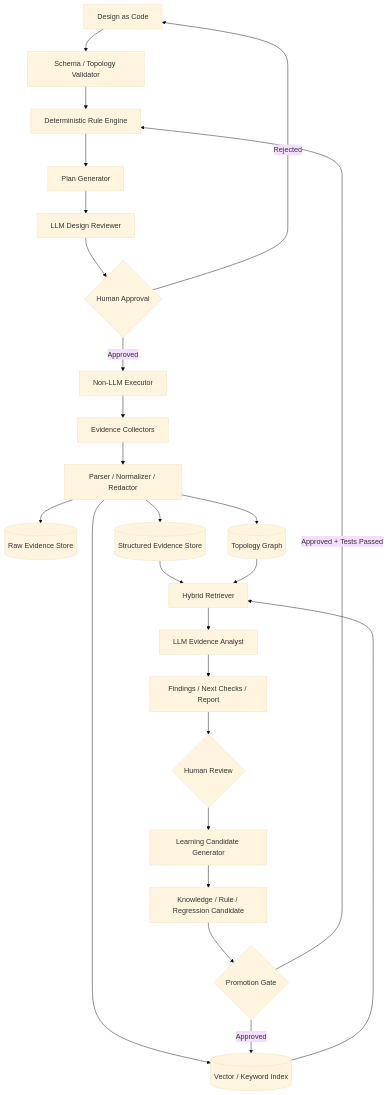
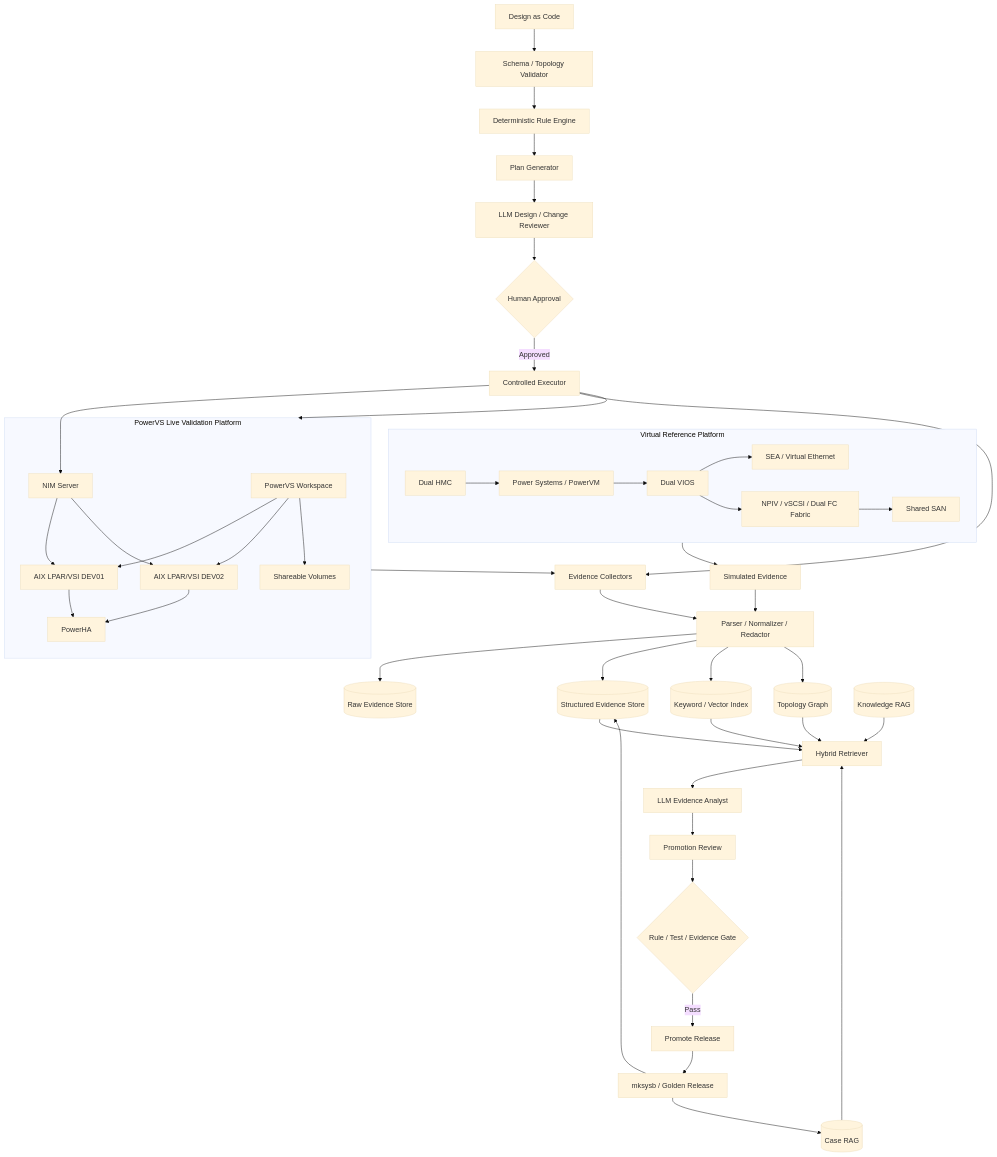
Before and after one commit to TomomasaSekino/AIX-IaC-project: the first of 3 diagrams in 03_ARCHITECTURE.md, drawn with Mermaid (base theme). The commit also changed other lines of this file, not shown here.

Commit message:
docs: redesign architecture around PowerVS, NIM and promotion

````diff
--- a/03_ARCHITECTURE.md
+++ b/03_ARCHITECTURE.md
@@ -5,27 +7,64 @@
 ```mermaid
 flowchart TB
+    subgraph REF[Virtual Reference Platform]
+      HMC[Dual HMC]
+      PWR[Power Systems / PowerVM]
+      VIO[Dual VIOS]
+      NET[SEA / Virtual Ethernet]
+      FC[NPIV / vSCSI / Dual FC Fabric]
+      SAN[Shared SAN]
+      HMC --> PWR --> VIO
+      VIO --> NET
+      VIO --> FC --> SAN
+    end
+
+    subgraph LIVE[PowerVS Live Validation Platform]
+      W[PowerVS Workspace]
+      A1[AIX LPAR/VSI DEV01]
+      A2[AIX LPAR/VSI DEV02]
+      VOL[Shareable Volumes]
+      NIM[NIM Server]
+      HA[PowerHA]
+      W --> A1
+      W --> A2
+      W --> VOL
+      A1 --> HA
+      A2 --> HA
+      NIM --> A1
+      NIM --> A2
+    end
+
     D[Design as Code] --> V[Schema / Topology Validator]
     V --> R[Deterministic Rule Engine]
     R --> P[Plan Generator]
-    P --> L[LLM Design Reviewer]
+    P --> L[LLM Design / Change Reviewer]
     L --> A{Human Approval}
-    A -->|Approved| X[Non-LLM Executor]
-    A -->|Rejected| D
+    A -->|Approved| X[Controlled Executor]
+    X --> LIVE
+    X --> NIM
     X --> C[Evidence Collectors]
-    C --> N[Parser / Normalizer / Redactor]
+
+    REF --> SIM[Simulated Evidence]
+    LIVE --> C
+    SIM --> N[Parser / Normalizer / Redactor]
+    C --> N
+
     N --> S1[(Raw Evidence Store)]
     N --> S2[(Structured Evidence Store)]
-    N --> S3[(Vector / Keyword Index)]
+    N --> S3[(Keyword / Vector Index)]
     N --> S4[(Topology Graph)]
-    S2 --> Q[Hybrid Retriever]
+
+    K[(Knowledge RAG)] --> Q[Hybrid Retriever]
+    S2 --> Q
     S3 --> Q
     S4 --> Q
+    CASE[(Case RAG)] --> Q
     Q --> E[LLM Evidence Analyst]
-    E --> F[Findings / Next Checks / Report]
-    F --> H{Human Review}
-    H --> M[Learning Candidate Generator]
-    M --> K[Knowledge / Rule / Regression Candidate]
-    K --> G{Promotion Gate}
-    G -->|Approved + Tests Passed| R
-    G -->|Approved| S3
+
+    E --> GATE[Promotion Review]
+    GATE --> PG{Rule / Test / Evidence Gate}
+    PG -->|Pass| PROMOTE[Promote Release]
+    PROMOTE --> MS[mksysb / Golden Release]
+    MS --> CASE
+    MS --> S2
 ```
````
